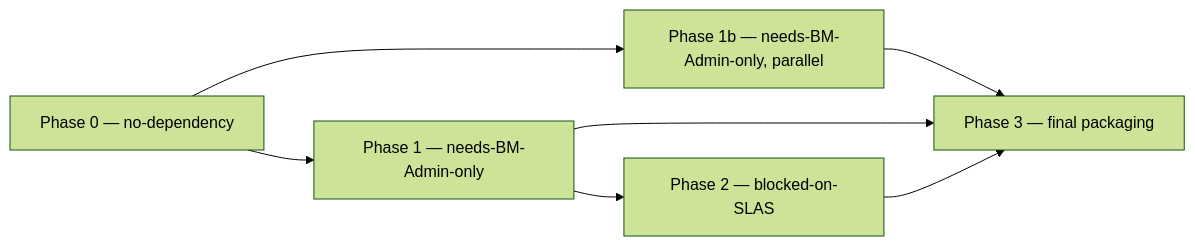
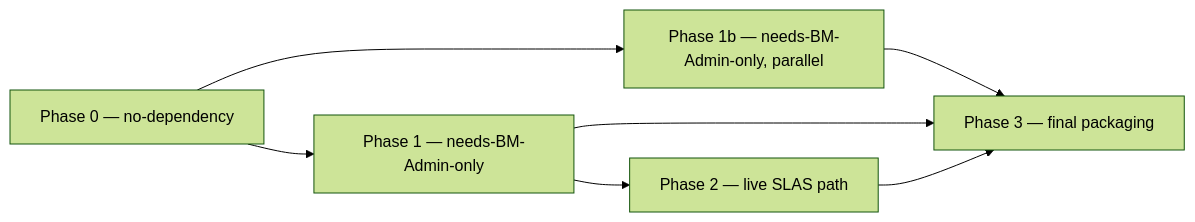
The diagram in docs/DELIVERY-PLAN.md (kushalkrip/back-in-stock-waitlist), drawn with Mermaid (forest theme) before and after one commit. The commit also changed other lines of this file and 5 other files, not shown here.

First line of the commit message:
docs: reflect shipped/live state — fix state-diagram render, stale paths, and remove resolved SLAS-blocked narrative

````diff
--- a/docs/DELIVERY-PLAN.md
+++ b/docs/DELIVERY-PLAN.md
@@ -362,9 +357,9 @@
 ```mermaid
 flowchart LR
   P0[Phase 0 — no-dependency] --> P1[Phase 1 — needs-BM-Admin-only]
   P0 --> P1b[Phase 1b — needs-BM-Admin-only, parallel]
-  P1 --> P2[Phase 2 — blocked-on-SLAS]
+  P1 --> P2[Phase 2 — live SLAS path]
   P1b --> P3[Phase 3 — final packaging]
   P1 --> P3
   P2 --> P3
 ```
````
